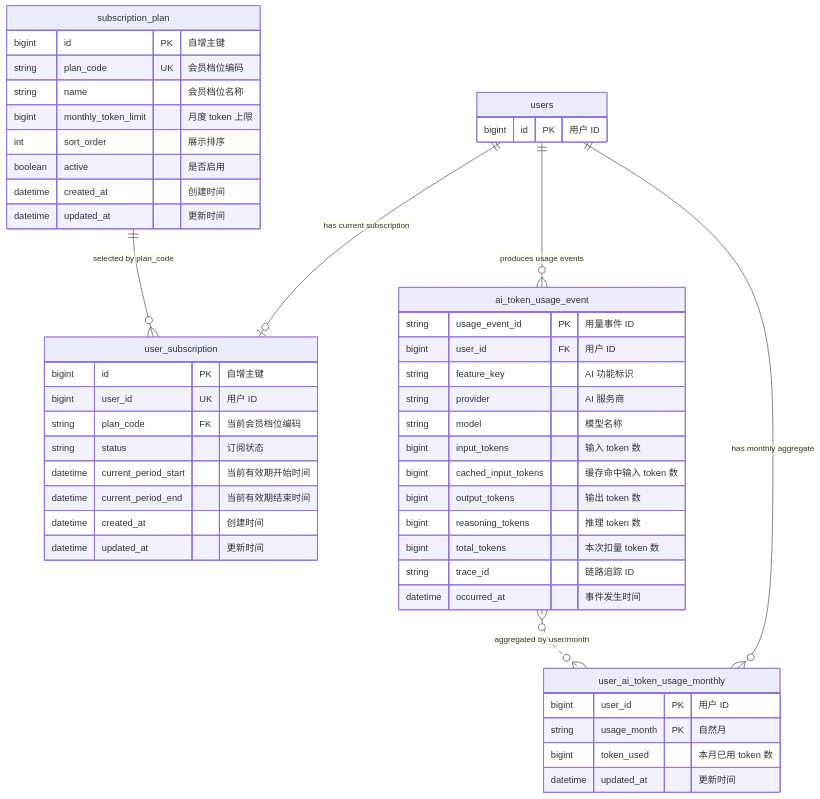
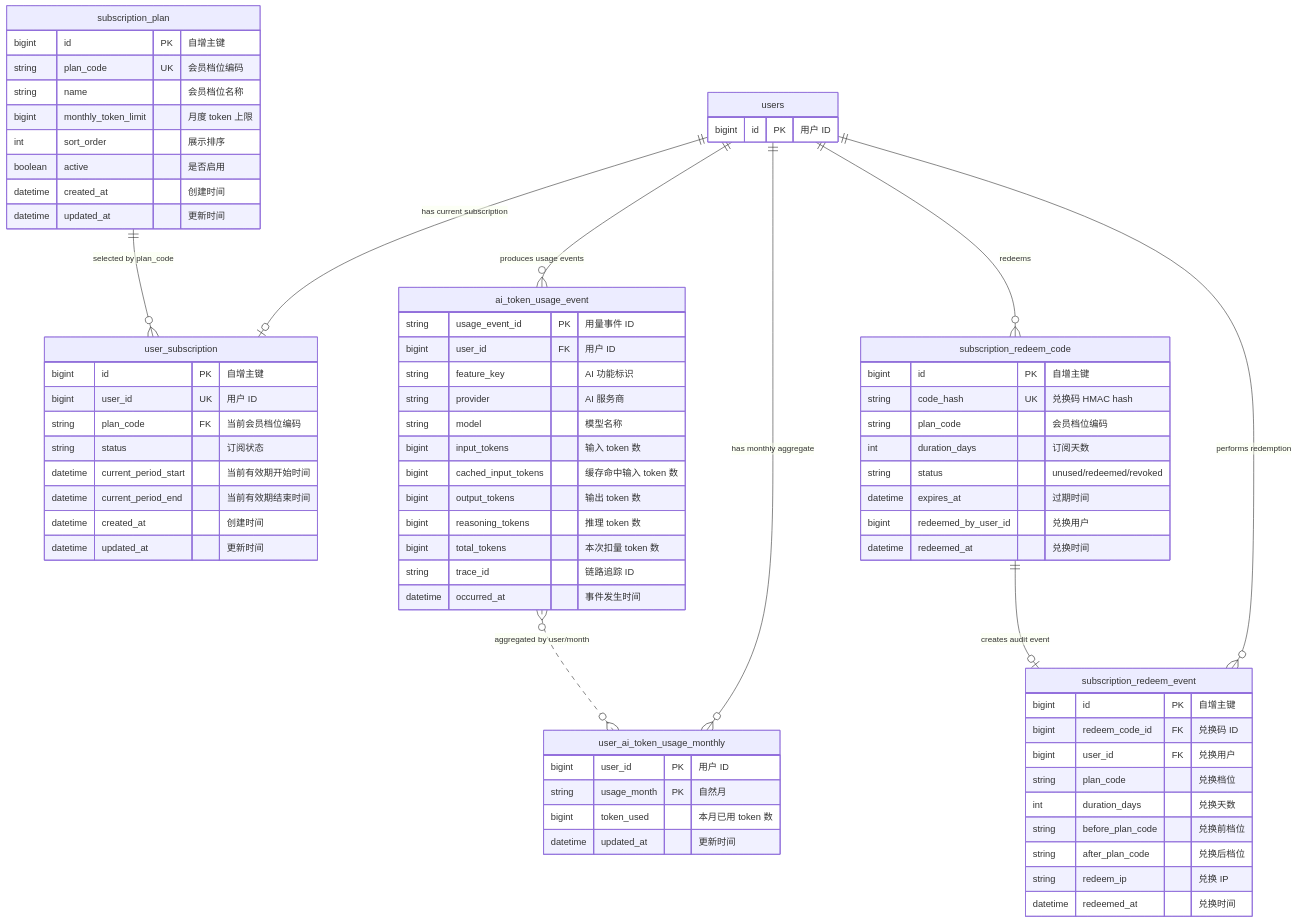
The first of 6 diagrams in docs/subscription/subscription-er.md (LiMing0016/personalenglishai), drawn with Mermaid before and after one commit. The commit also changed other lines of this file and 18 other files, not shown here.

````diff
--- a/docs/subscription/subscription-er.md
+++ b/docs/subscription/subscription-er.md
@@ -5,56 +5,82 @@
 ```mermaid
 erDiagram
   users {
     bigint id PK "用户 ID"
   }
 
   subscription_plan {
     bigint id PK "自增主键"
     string plan_code UK "会员档位编码"
     string name "会员档位名称"
     bigint monthly_token_limit "月度 token 上限"
     int sort_order "展示排序"
     boolean active "是否启用"
     datetime created_at "创建时间"
     datetime updated_at "更新时间"
   }
 
   user_subscription {
     bigint id PK "自增主键"
     bigint user_id UK "用户 ID"
     string plan_code FK "当前会员档位编码"
     string status "订阅状态"
     datetime current_period_start "当前有效期开始时间"
     datetime current_period_end "当前有效期结束时间"
     datetime created_at "创建时间"
     datetime updated_at "更新时间"
   }
 
   ai_token_usage_event {
     string usage_event_id PK "用量事件 ID"
     bigint user_id FK "用户 ID"
     string feature_key "AI 功能标识"
     string provider "AI 服务商"
     string model "模型名称"
     bigint input_tokens "输入 token 数"
     bigint cached_input_tokens "缓存命中输入 token 数"
     bigint output_tokens "输出 token 数"
     bigint reasoning_tokens "推理 token 数"
     bigint total_tokens "本次扣量 token 数"
     string trace_id "链路追踪 ID"
     datetime occurred_at "事件发生时间"
   }
 
   user_ai_token_usage_monthly {
     bigint user_id PK "用户 ID"
     string usage_month PK "自然月"
     bigint token_used "本月已用 token 数"
     datetime updated_at "更新时间"
   }
 
+  subscription_redeem_code {
+    bigint id PK "自增主键"
+    string code_hash UK "兑换码 HMAC hash"
+    string plan_code "会员档位编码"
+    int duration_days "订阅天数"
+    string status "unused/redeemed/revoked"
+    datetime expires_at "过期时间"
+    bigint redeemed_by_user_id "兑换用户"
+    datetime redeemed_at "兑换时间"
+  }
+
+  subscription_redeem_event {
+    bigint id PK "自增主键"
+    bigint redeem_code_id FK "兑换码 ID"
+    bigint user_id FK "兑换用户"
+    string plan_code "兑换档位"
+    int duration_days "兑换天数"
+    string before_plan_code "兑换前档位"
+    string after_plan_code "兑换后档位"
+    string redeem_ip "兑换 IP"
+    datetime redeemed_at "兑换时间"
+  }
+
   users ||--o| user_subscription : "has current subscription"
   subscription_plan ||--o{ user_subscription : "selected by plan_code"
   users ||--o{ ai_token_usage_event : "produces usage events"
   users ||--o{ user_ai_token_usage_monthly : "has monthly aggregate"
   ai_token_usage_event }o..o{ user_ai_token_usage_monthly : "aggregated by user/month"
+  users ||--o{ subscription_redeem_code : "redeems"
+  subscription_redeem_code ||--o| subscription_redeem_event : "creates audit event"
+  users ||--o{ subscription_redeem_event : "performs redemption"
 ```
````
